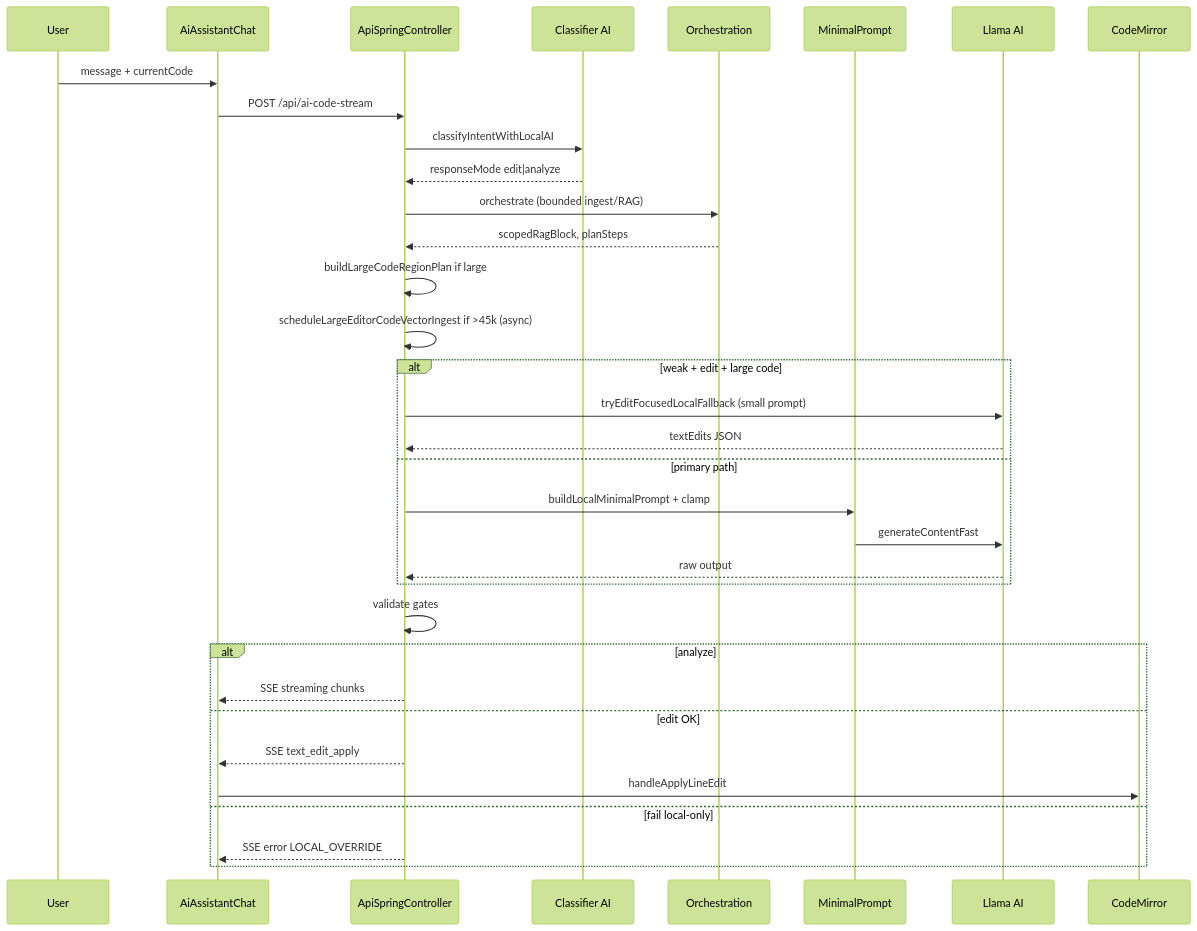
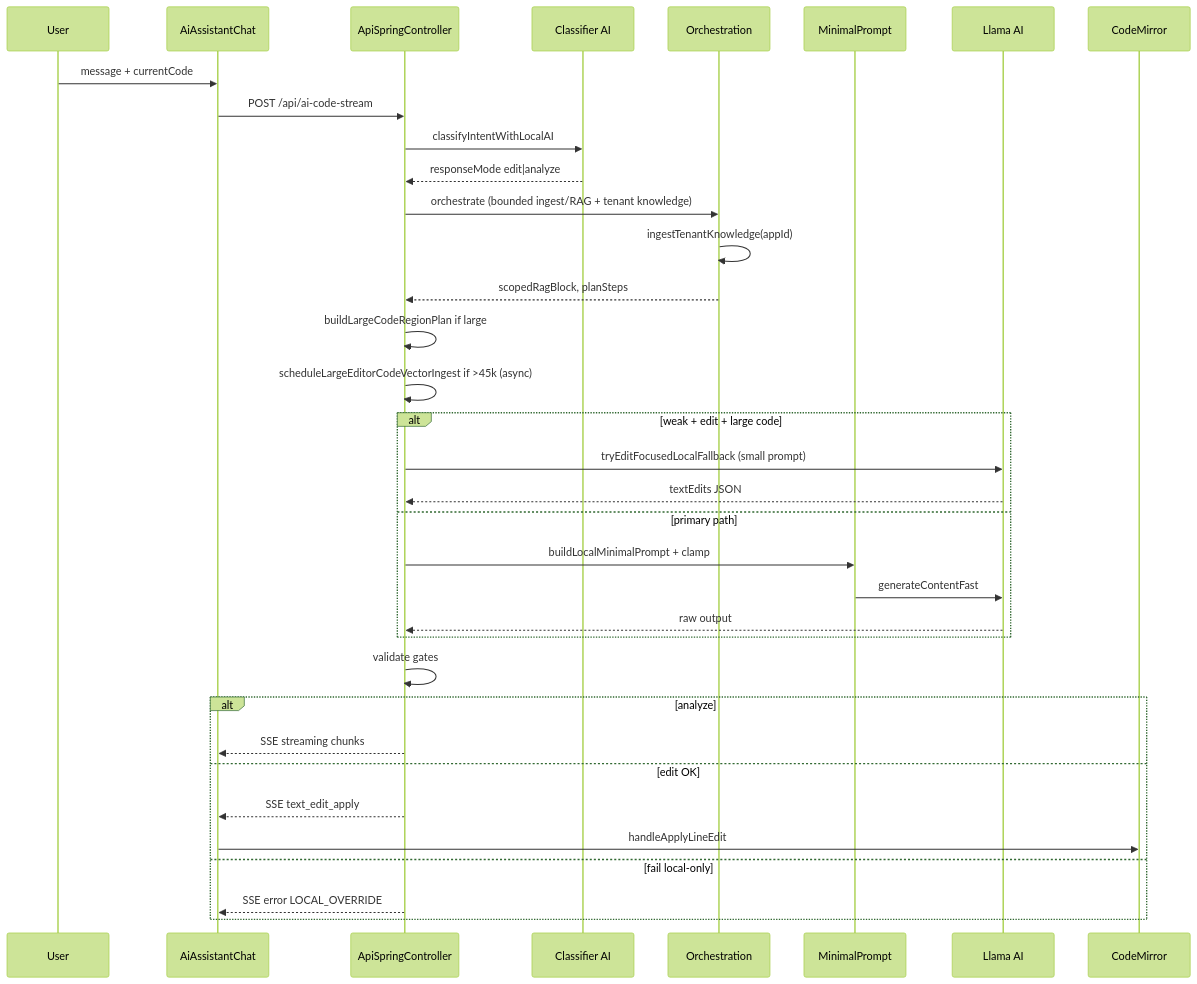
The second of 2 diagrams in CSM_AI_LOCAL_CURSOR_MASTER_BRIEF.md (codsycorp/csm_java_react), drawn with Mermaid (forest theme) before and after one commit. The commit also changed other lines of this file and 7 other files, not shown here.

First line of the commit message:
feat: tenant org RAG snapshot and ACL-filtered retrieval for local AI

````diff
--- a/CSM_AI_LOCAL_CURSOR_MASTER_BRIEF.md
+++ b/CSM_AI_LOCAL_CURSOR_MASTER_BRIEF.md
@@ -765,39 +951,40 @@
 ```mermaid
 sequenceDiagram
     participant U as User
     participant FE as AiAssistantChat
     participant API as ApiSpringController
     participant C as Classifier AI#1
     participant O as Orchestration
     participant P as MinimalPrompt
     participant L as Llama AI#2
     participant CM as CodeMirror
 
     U->>FE: message + currentCode
     FE->>API: POST /api/ai-code-stream
     API->>C: classifyIntentWithLocalAI
     C-->>API: responseMode edit|analyze
-    API->>O: orchestrate (bounded ingest/RAG)
+    API->>O: orchestrate (bounded ingest/RAG + tenant knowledge)
+    O->>O: ingestTenantKnowledge(appId)
     O-->>API: scopedRagBlock, planSteps
     API->>API: buildLargeCodeRegionPlan if large
     API->>API: scheduleLargeEditorCodeVectorIngest if >45k (async)
 
     alt weak + edit + large code
         API->>L: tryEditFocusedLocalFallback (small prompt)
         L-->>API: textEdits JSON
     else primary path
         API->>P: buildLocalMinimalPrompt + clamp
         P->>L: generateContentFast
         L-->>API: raw output
     end
 
     API->>API: validate gates
     alt analyze
         API-->>FE: SSE streaming chunks
     else edit OK
         API-->>FE: SSE text_edit_apply
         FE->>CM: handleApplyLineEdit
     else fail local-only
         API-->>FE: SSE error LOCAL_OVERRIDE
     end
 ```
````
